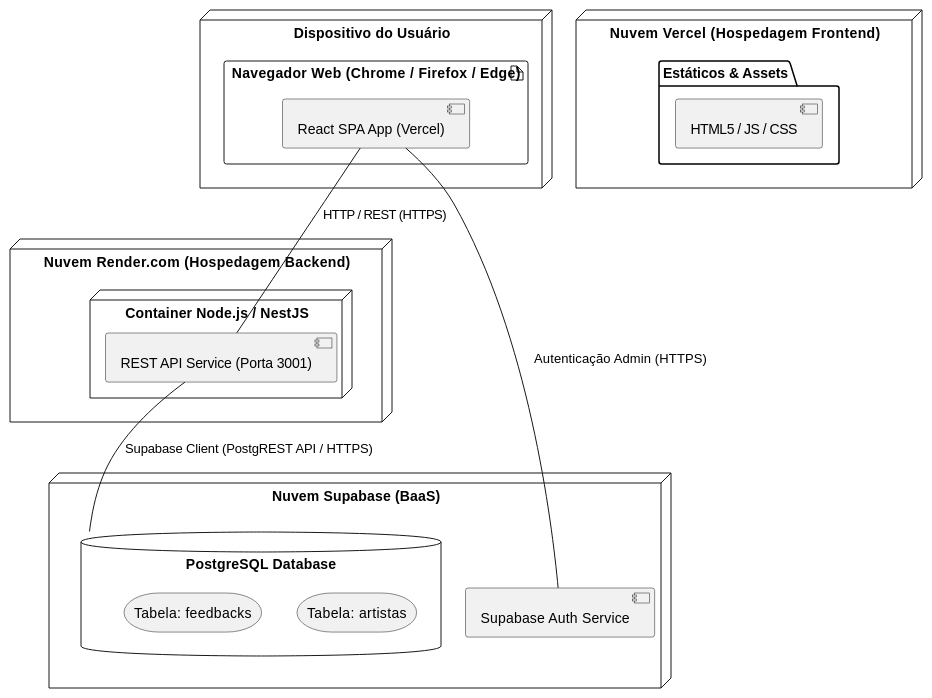
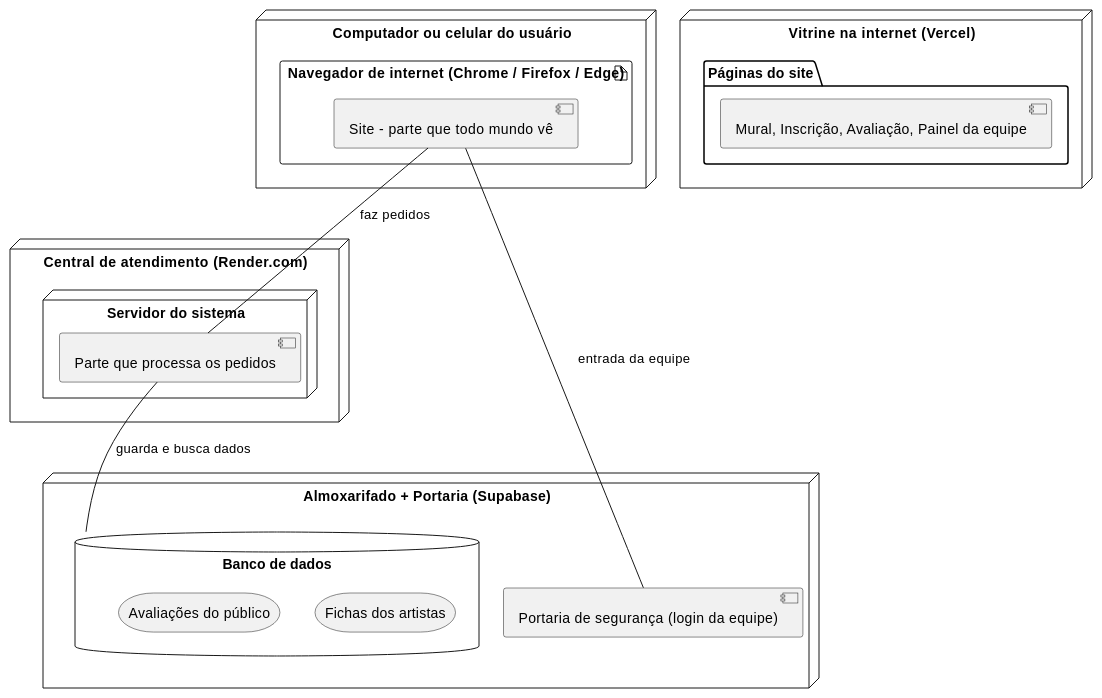
The fifth of 5 diagrams in DIAGRAMAS_UML.md (heduardowitkoski/cadastroDeArtistas), drawn with PlantUML before and after one commit. The commit also changed other lines of this file and 1 other file, not shown here.

Commit message:
docs: tornar diagramas mais ilustrativos e com linguagem acessivel

````diff
--- a/DIAGRAMAS_UML.md
+++ b/DIAGRAMAS_UML.md
@@ -215,36 +191,36 @@
 ```plantuml
 @startuml Diagrama_de_Implantacao
 skinparam nodeAttributeIconSize 0
 skinparam shadowing false
 
-node "Dispositivo do Usuário" {
-  artifact "Navegador Web (Chrome / Firefox / Edge)" {
-    component "React SPA App (Vercel)" as SPA
+node "Computador ou celular do usuário" {
+  artifact "Navegador de internet (Chrome / Firefox / Edge)" {
+    component "Site - parte que todo mundo vê" as SPA
   }
 }
 
-node "Nuvem Vercel (Hospedagem Frontend)" {
-  folder "Estáticos & Assets" {
-    [HTML5 / JS / CSS]
+node "Vitrine na internet (Vercel)" {
+  folder "Páginas do site" {
+    [Mural, Inscrição, Avaliação, Painel da equipe]
   }
 }
 
-node "Nuvem Render.com (Hospedagem Backend)" {
-  node "Container Node.js / NestJS" {
-    component "REST API Service (Porta 3001)" as API
+node "Central de atendimento (Render.com)" {
+  node "Servidor do sistema" {
+    component "Parte que processa os pedidos" as API
   }
 }
 
-node "Nuvem Supabase (BaaS)" {
-  database "PostgreSQL Database" as DB_Postgres {
-    storage "Tabela: artistas" as TabArtistas
-    storage "Tabela: feedbacks" as TabFeedbacks
+node "Almoxarifado + Portaria (Supabase)" {
+  database "Banco de dados" as DB_Postgres {
+    storage "Fichas dos artistas" as TabArtistas
+    storage "Avaliações do público" as TabFeedbacks
   }
-  component "Supabase Auth Service" as Auth
+  component "Portaria de segurança (login da equipe)" as Auth
 }
 
-SPA -- API : HTTP / REST (HTTPS)
-SPA -- Auth : Autenticação Admin (HTTPS)
-API -- DB_Postgres : Supabase Client (PostgREST API / HTTPS)
+SPA -- API : "faz pedidos"
+SPA -- Auth : "entrada da equipe"
+API -- DB_Postgres : "guarda e busca dados"
 @enduml
 ```
````
